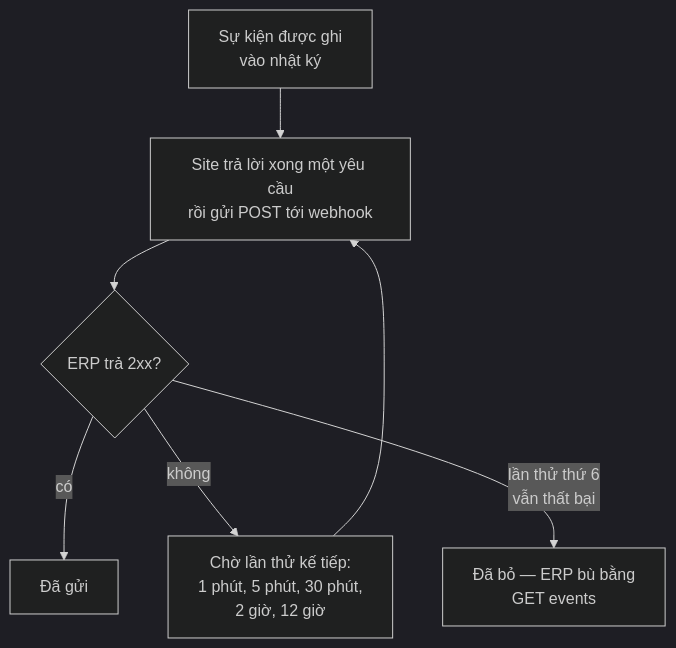
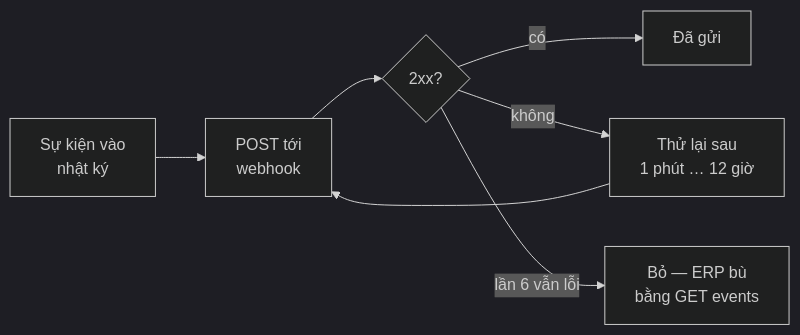
One commit to gp247net/gp247-docs changed the fourth of 4 diagrams in api/api-sync_vi.md. Above: the diagram before and after it, drawn with Mermaid (dark theme). The commit also changed other lines of this file and 44 other files, not shown here.

First line of the commit message:
docs: redraw oversized diagrams in security, API and MCP docs (vi/en/ja)

````diff
--- a/api/api-sync_vi.md
+++ b/api/api-sync_vi.md
@@ -288,9 +289,9 @@
 ```mermaid
-flowchart TD
-    A["Sự kiện được ghi<br/>vào nhật ký"] --> B["Site trả lời xong một yêu cầu<br/>rồi gửi POST tới webhook"]
-    B --> C{"ERP trả 2xx?"}
+flowchart LR
+    A["Sự kiện vào<br/>nhật ký"] --> B["POST tới<br/>webhook"]
+    B --> C{"2xx?"}
     C -- "có" --> D["Đã gửi"]
-    C -- "không" --> E["Chờ lần thử kế tiếp:<br/>1 phút, 5 phút, 30 phút,<br/>2 giờ, 12 giờ"]
+    C -- "không" --> E["Thử lại sau<br/>1 phút … 12 giờ"]
     E --> B
-    C -- "lần thử thứ 6<br/>vẫn thất bại" --> F["Đã bỏ — ERP bù bằng<br/>GET events"]
+    C -- "lần 6 vẫn lỗi" --> F["Bỏ — ERP bù<br/>bằng GET events"]
 ```
````
